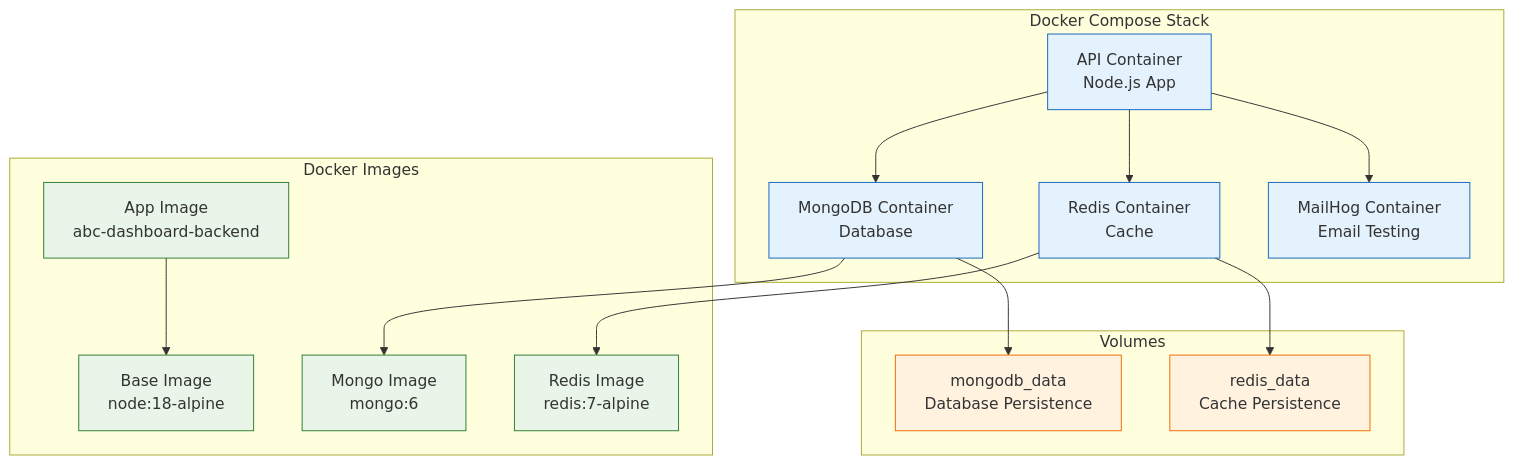
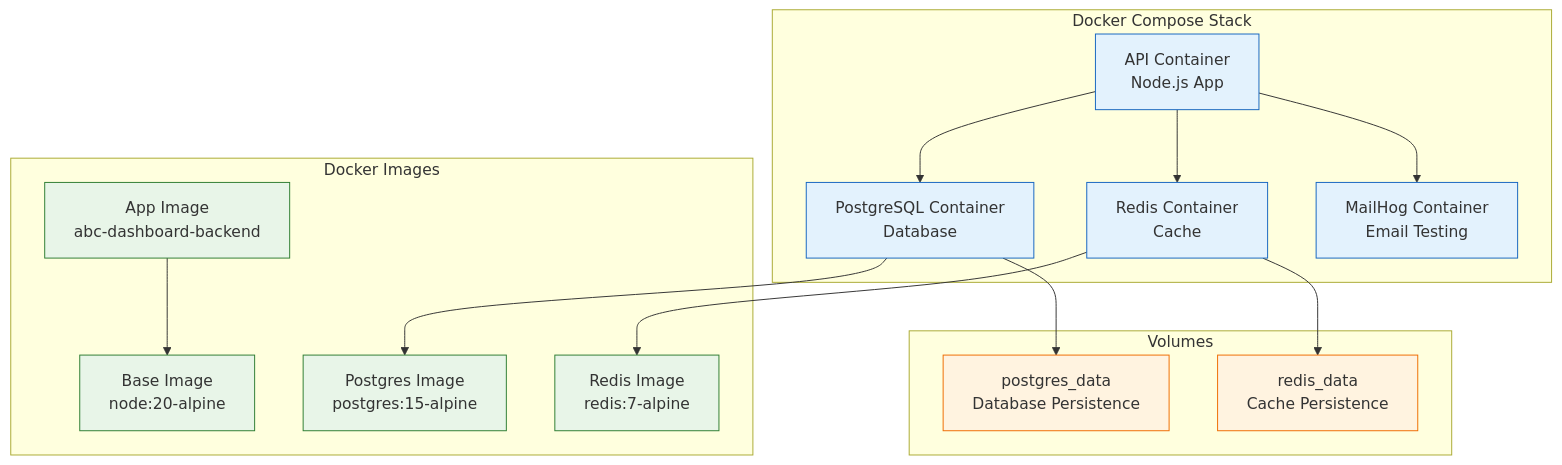
Before and after one commit to josephnguyen-macusaone/abc-dashboard: the third of 9 diagrams in backend/docs/operations/deployment-guide.md, drawn with Mermaid. The commit also changed other lines of this file and 141 other files, not shown here.

````diff
--- a/backend/docs/operations/deployment-guide.md
+++ b/backend/docs/operations/deployment-guide.md
@@ -190,40 +200,40 @@
 ```mermaid
 graph TB
     subgraph "Docker Compose Stack"
         API[API Container<br/>Node.js App]
-        MongoDB[MongoDB Container<br/>Database]
+        Postgres[PostgreSQL Container<br/>Database]
         Redis[Redis Container<br/>Cache]
         MailHog[MailHog Container<br/>Email Testing]
     end
 
     subgraph "Docker Images"
-        BaseImage[Base Image<br/>node:18-alpine]
+        BaseImage[Base Image<br/>node:20-alpine]
         AppImage[App Image<br/>abc-dashboard-backend]
-        MongoImage[Mongo Image<br/>mongo:6]
+        PostgresImage[Postgres Image<br/>postgres:15-alpine]
         RedisImage[Redis Image<br/>redis:7-alpine]
     end
 
     subgraph "Volumes"
-        MongoData[mongodb_data<br/>Database Persistence]
+        PostgresData[postgres_data<br/>Database Persistence]
         RedisData[redis_data<br/>Cache Persistence]
     end
 
-    API --> MongoDB
+    API --> Postgres
     API --> Redis
     API --> MailHog
 
     AppImage --> BaseImage
-    MongoDB --> MongoImage
+    Postgres --> PostgresImage
     Redis --> RedisImage
 
-    MongoDB --> MongoData
+    Postgres --> PostgresData
     Redis --> RedisData
 
     classDef containers fill:#e3f2fd,stroke:#1565c0
     classDef images fill:#e8f5e8,stroke:#2e7d32
     classDef volumes fill:#fff3e0,stroke:#ef6c00
 
-    class API,MongoDB,Redis,MailHog containers
-    class BaseImage,AppImage,MongoImage,RedisImage images
-    class MongoData,RedisData volumes
+    class API,Postgres,Redis,MailHog containers
+    class BaseImage,AppImage,PostgresImage,RedisImage images
+    class PostgresData,RedisData volumes
 ```
````
